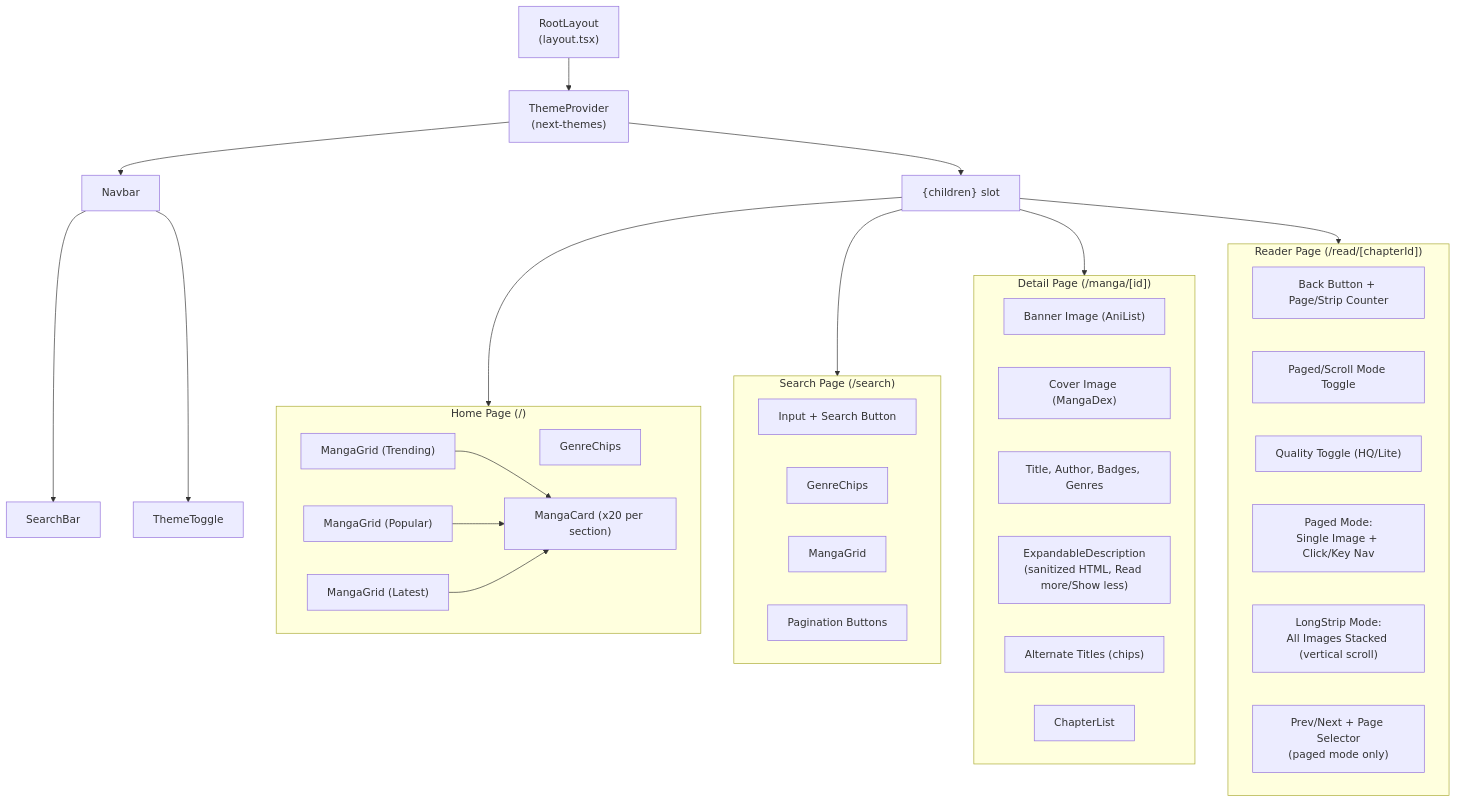
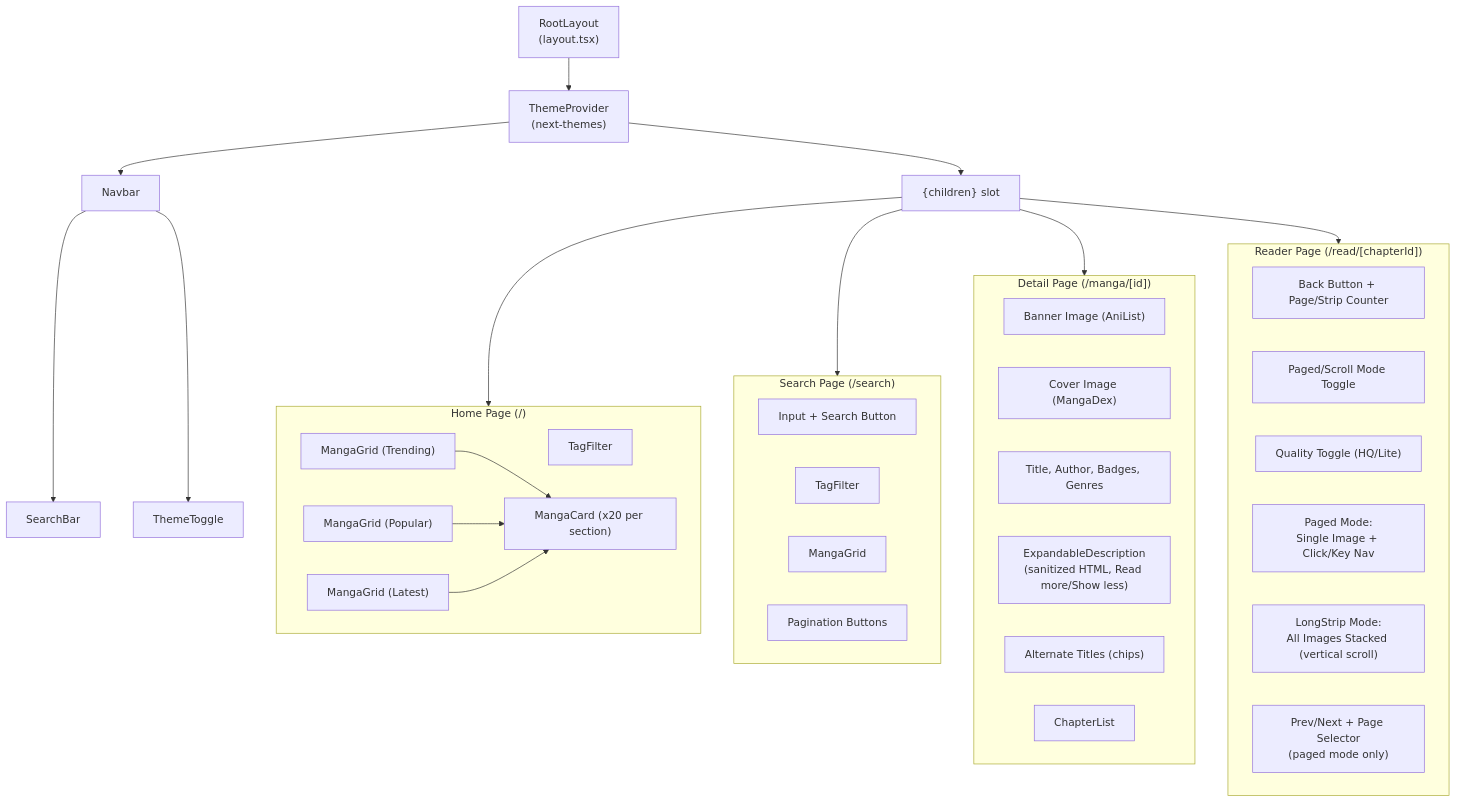
The fifth of 6 diagrams in docs/ARCHITECTURE.md (FluxoGen/tanso), drawn with Mermaid before and after one commit. The commit also changed other lines of this file and 90 other files, not shown here.

````diff
--- a/docs/ARCHITECTURE.md
+++ b/docs/ARCHITECTURE.md
@@ -380,57 +386,57 @@
 ```mermaid
 graph TD
     RootLayout["RootLayout\n(layout.tsx)"]
     ThemeProvider["ThemeProvider\n(next-themes)"]
     NavbarComp["Navbar"]
     SearchBarComp["SearchBar"]
     ThemeToggleComp["ThemeToggle"]
     MainSlot["{children} slot"]
 
     RootLayout --> ThemeProvider
     ThemeProvider --> NavbarComp
     ThemeProvider --> MainSlot
     NavbarComp --> SearchBarComp
     NavbarComp --> ThemeToggleComp
 
     subgraph homePage ["Home Page (/)"]
-        HP_GenreChips["GenreChips"]
+        HP_TagFilter["TagFilter"]
         HP_Section1["MangaGrid (Trending)"]
         HP_Section2["MangaGrid (Popular)"]
         HP_Section3["MangaGrid (Latest)"]
         HP_Cards["MangaCard (x20 per section)"]
     end
 
     subgraph searchPage ["Search Page (/search)"]
         SP_Input["Input + Search Button"]
-        SP_GenreChips["GenreChips"]
+        SP_TagFilter["TagFilter"]
         SP_Grid["MangaGrid"]
         SP_Pagination["Pagination Buttons"]
     end
 
     subgraph detailPage ["Detail Page (/manga/[id])"]
         DP_Banner["Banner Image (AniList)"]
         DP_Cover["Cover Image (MangaDex)"]
         DP_Meta["Title, Author, Badges, Genres"]
         DP_Desc["ExpandableDescription\n(sanitized HTML, Read more/Show less)"]
         DP_AltTitles["Alternate Titles (chips)"]
         DP_ChapterList["ChapterList"]
     end
 
     subgraph readerPage ["Reader Page (/read/[chapterId])"]
         RP_Nav["Back Button + Page/Strip Counter"]
         RP_ModeToggle["Paged/Scroll Mode Toggle"]
         RP_Quality["Quality Toggle (HQ/Lite)"]
         RP_Paged["Paged Mode:\nSingle Image + Click/Key Nav"]
         RP_LongStrip["LongStrip Mode:\nAll Images Stacked (vertical scroll)"]
         RP_Controls["Prev/Next + Page Selector\n(paged mode only)"]
     end
 
     MainSlot --> homePage
     MainSlot --> searchPage
     MainSlot --> detailPage
     MainSlot --> readerPage
 
     HP_Section1 --> HP_Cards
     HP_Section2 --> HP_Cards
     HP_Section3 --> HP_Cards
 ```
````
